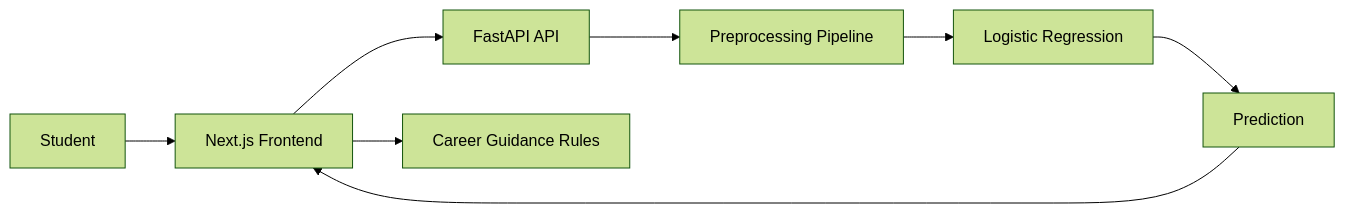
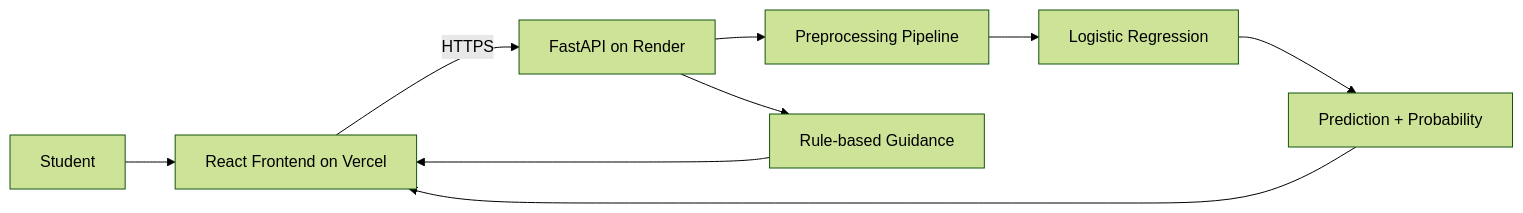
Before and after one commit to VivekDoesit/Placify: the diagram in README.md, drawn with Mermaid (forest theme). The commit also changed other lines of this file and 48 other files, not shown here.

````diff
--- a/README.md
+++ b/README.md
@@ -113,10 +43,11 @@
 ```mermaid
 flowchart LR
-    A[Student] --> B[Next.js Frontend]
-    B --> C[FastAPI API]
+    A[Student] --> B[React Frontend on Vercel]
+    B -->|HTTPS| C[FastAPI on Render]
     C --> D[Preprocessing Pipeline]
     D --> E[Logistic Regression]
-    E --> F[Prediction]
+    E --> F[Prediction + Probability]
     F --> B
-    B --> G[Career Guidance Rules]
+    C --> G[Rule-based Guidance]
+    G --> B
 ```
````
